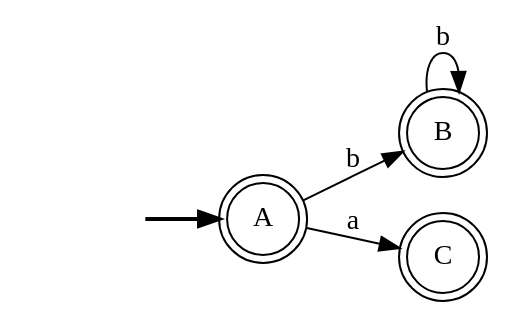
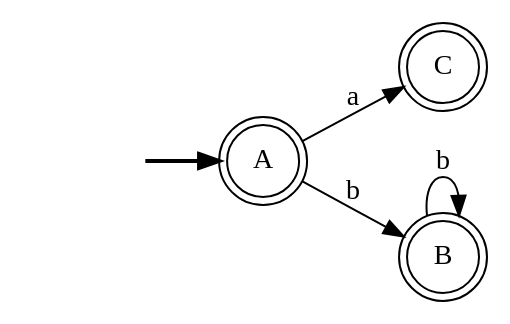
The diagram in renders/DFA.gv (gusmendez99/pld-project-1), drawn with Graphviz before and after one commit. The commit also changed other lines of this file and 4 other files, not shown here.

```diff
--- a/renders/DFA.gv
+++ b/renders/DFA.gv
@@ -1,11 +1,11 @@
 digraph {
 	fake [style=invisible]
+	C [shape=doublecircle]
+	A [root=true shape=doublecircle]
 	B [shape=doublecircle]
-	A [root=true shape=doublecircle]
-	C [shape=doublecircle]
 	fake -> A [style=bold]
 	A -> B [label=b]
 	B -> B [label=b]
 	A -> C [label=a]
 	rankdir=LR
 }
```
